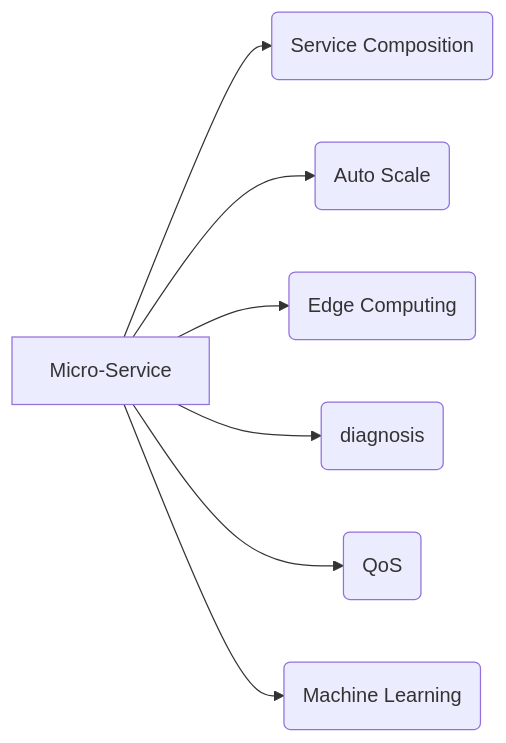
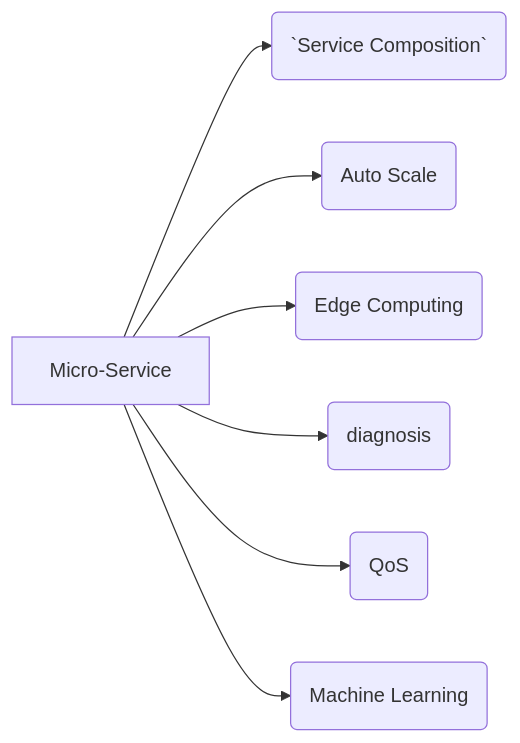
Before and after one commit to GuodongFan/GuodongFan.github.io: the diagram in _posts/2019-08-20-Plan.md, drawn with Mermaid.

```diff
--- a/_posts/2019-08-20-Plan.md
+++ b/_posts/2019-08-20-Plan.md
@@ -9,10 +9,10 @@
 <div class="mermaid">
 graph LR
 
-A[Micro-Service] --> B(Service Composition)
+A[Micro-Service] --> B(`Service Composition`)
 A --> C(Auto Scale)
 A --> D(Edge Computing)
 A --> E(diagnosis)
 A --> F(QoS)
 A --> G(Machine Learning)
 </div>
```
